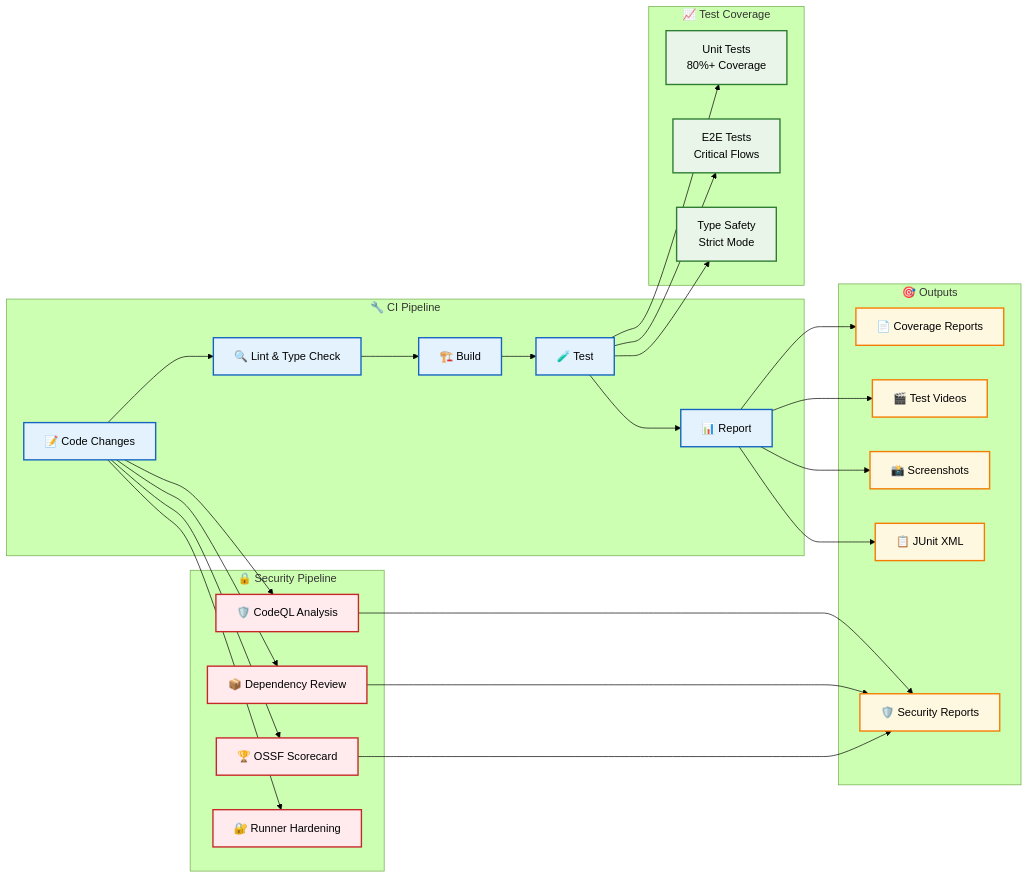
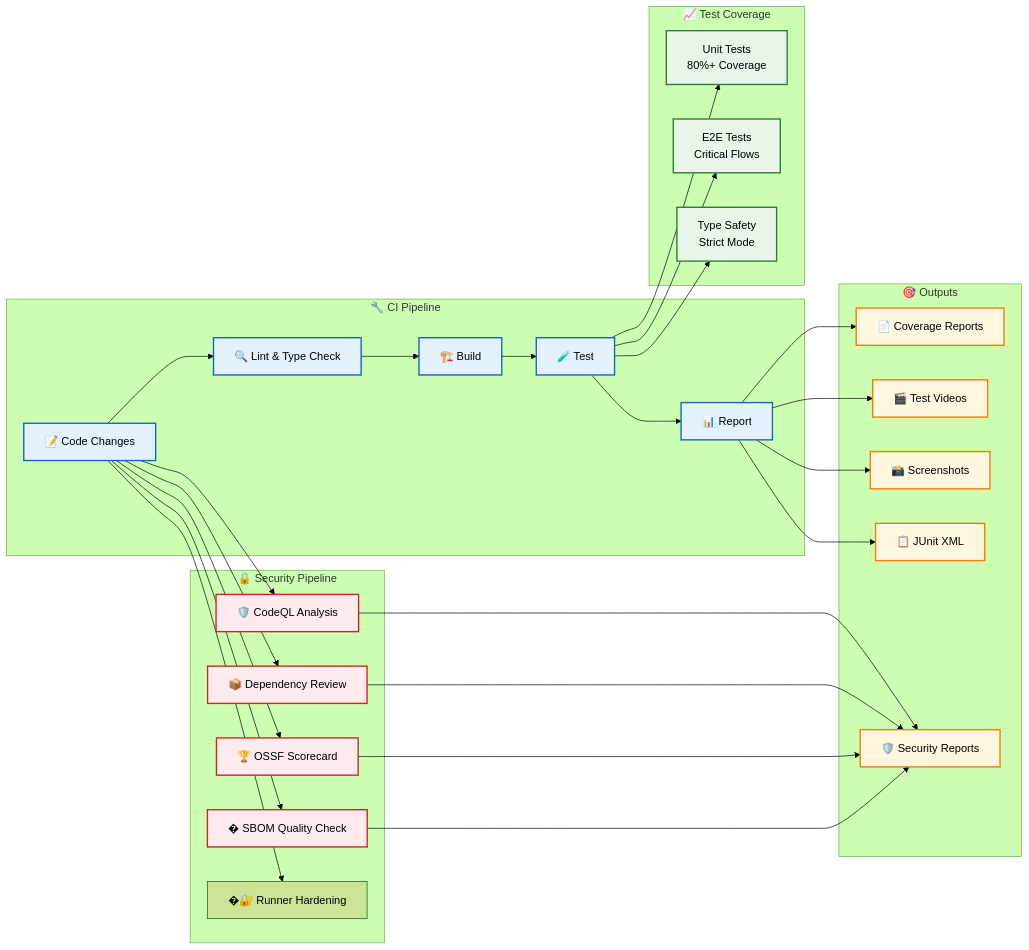
Before and after one commit to Hack23/game: the fourth of 7 diagrams in README.md, drawn with Mermaid (forest theme). The commit also changed other lines of this file, not shown here.

Commit message:
Add SBOM quality validation to README and CI/CD pipeline

````diff
--- a/README.md
+++ b/README.md
@@ -381,58 +392,61 @@
 ```mermaid
 flowchart LR
     subgraph "🔧 CI Pipeline"
         A1[📝 Code Changes] --> A2[🔍 Lint & Type Check]
         A2 --> A3[🏗️ Build]
         A3 --> A4[🧪 Test]
         A4 --> A5[📊 Report]
     end
 
     subgraph "🔒 Security Pipeline"
         S1[🛡️ CodeQL Analysis]
         S2[📦 Dependency Review]
         S3[🏆 OSSF Scorecard]
-        S4[🔐 Runner Hardening]
+        S4[� SBOM Quality Check]
+        S5[�🔐 Runner Hardening]
     end
 
     subgraph "📈 Test Coverage"
         B1[Unit Tests<br/>80%+ Coverage]
         B2[E2E Tests<br/>Critical Flows]
         B3[Type Safety<br/>Strict Mode]
     end
 
     subgraph "🎯 Outputs"
         C1[📄 Coverage Reports]
         C2[🎬 Test Videos]
         C3[📸 Screenshots]
         C4[📋 JUnit XML]
         C5[🛡️ Security Reports]
     end
 
     A4 --> B1
     A4 --> B2
     A4 --> B3
 
     A1 --> S1
     A1 --> S2
     A1 --> S3
     A1 --> S4
+    A1 --> S5
 
     A5 --> C1
     A5 --> C2
     A5 --> C3
     A5 --> C4
     S1 --> C5
     S2 --> C5
     S3 --> C5
+    S4 --> C5
 
     %% Styling
     classDef pipeline fill:#e3f2fd,stroke:#1565c0,stroke-width:2px
     classDef security fill:#ffebee,stroke:#c62828,stroke-width:2px
     classDef testing fill:#e8f5e8,stroke:#2e7d32,stroke-width:2px
     classDef output fill:#fff8e1,stroke:#f57c00,stroke-width:2px
 
     class A1,A2,A3,A4,A5 pipeline
     class S1,S2,S3,S4 security
     class B1,B2,B3 testing
     class C1,C2,C3,C4,C5 output
 ```
````
